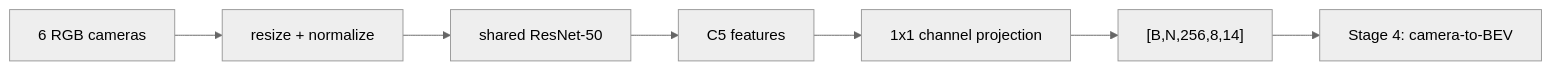
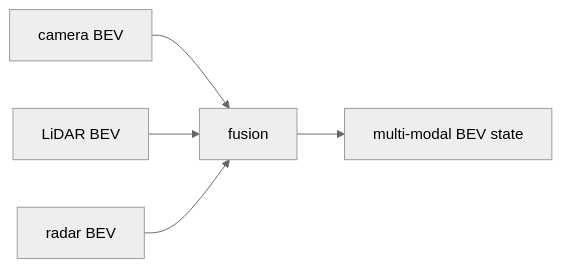
Before and after one commit to abhishekkumardwivedi/abhishekkumardwivedi.github.io: the second of 2 diagrams in src/content/docs/articles/nuscenes-autonomy-pipeline.md, drawn with Mermaid (neutral theme). The commit also changed other lines of this file and 14 other files, not shown here.

````diff
--- a/src/content/docs/articles/nuscenes-autonomy-pipeline.md
+++ b/src/content/docs/articles/nuscenes-autonomy-pipeline.md
@@ -79,9 +201,7 @@
 ```mermaid
 flowchart LR
-    A["6 RGB cameras"] --> B["resize + normalize"]
-    B --> C["shared ResNet-50"]
-    C --> D["C5 features"]
-    D --> E["1x1 channel projection"]
-    E --> F["[B,N,256,8,14]"]
-    F --> G["Stage 4: camera-to-BEV"]
+    C["camera BEV"] --> F["fusion"]
+    L["LiDAR BEV"] --> F
+    R["radar BEV"] --> F
+    F --> B["multi-modal BEV state"]
 ```
````
